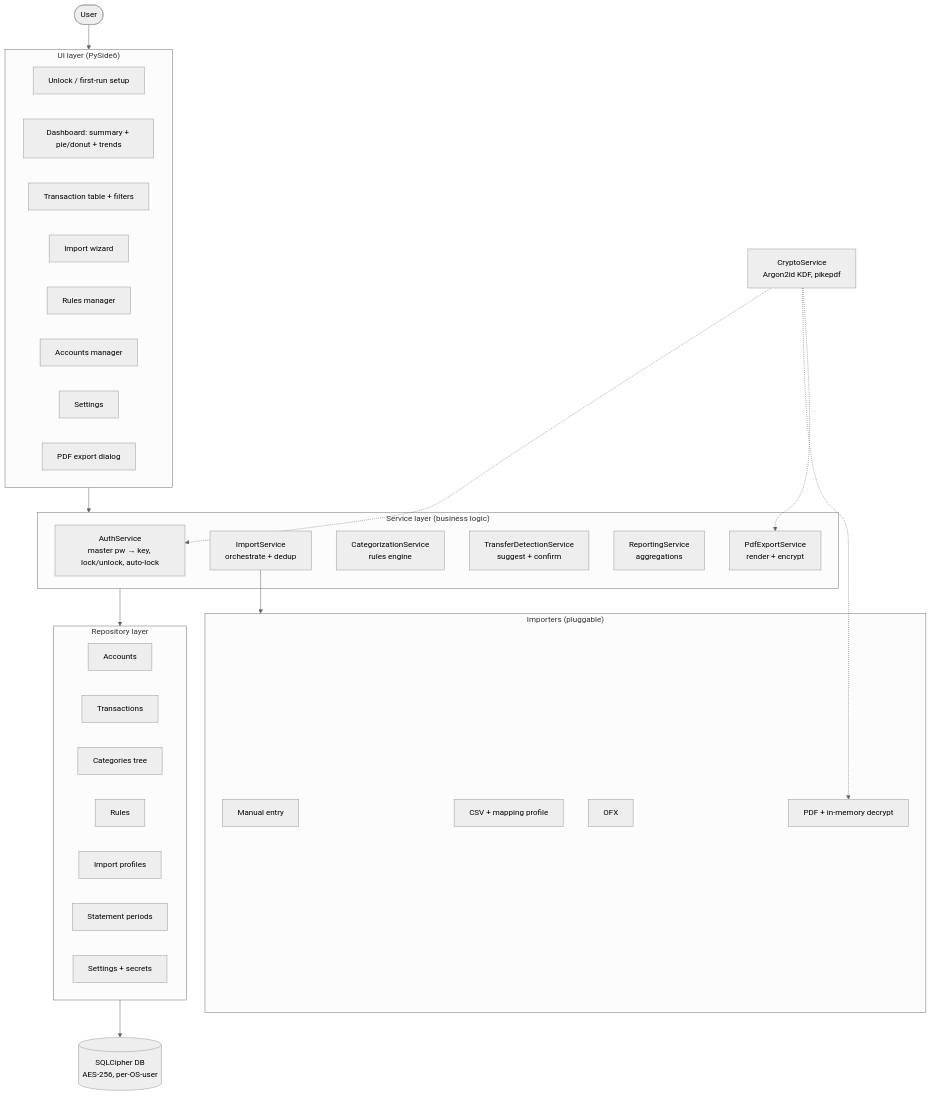
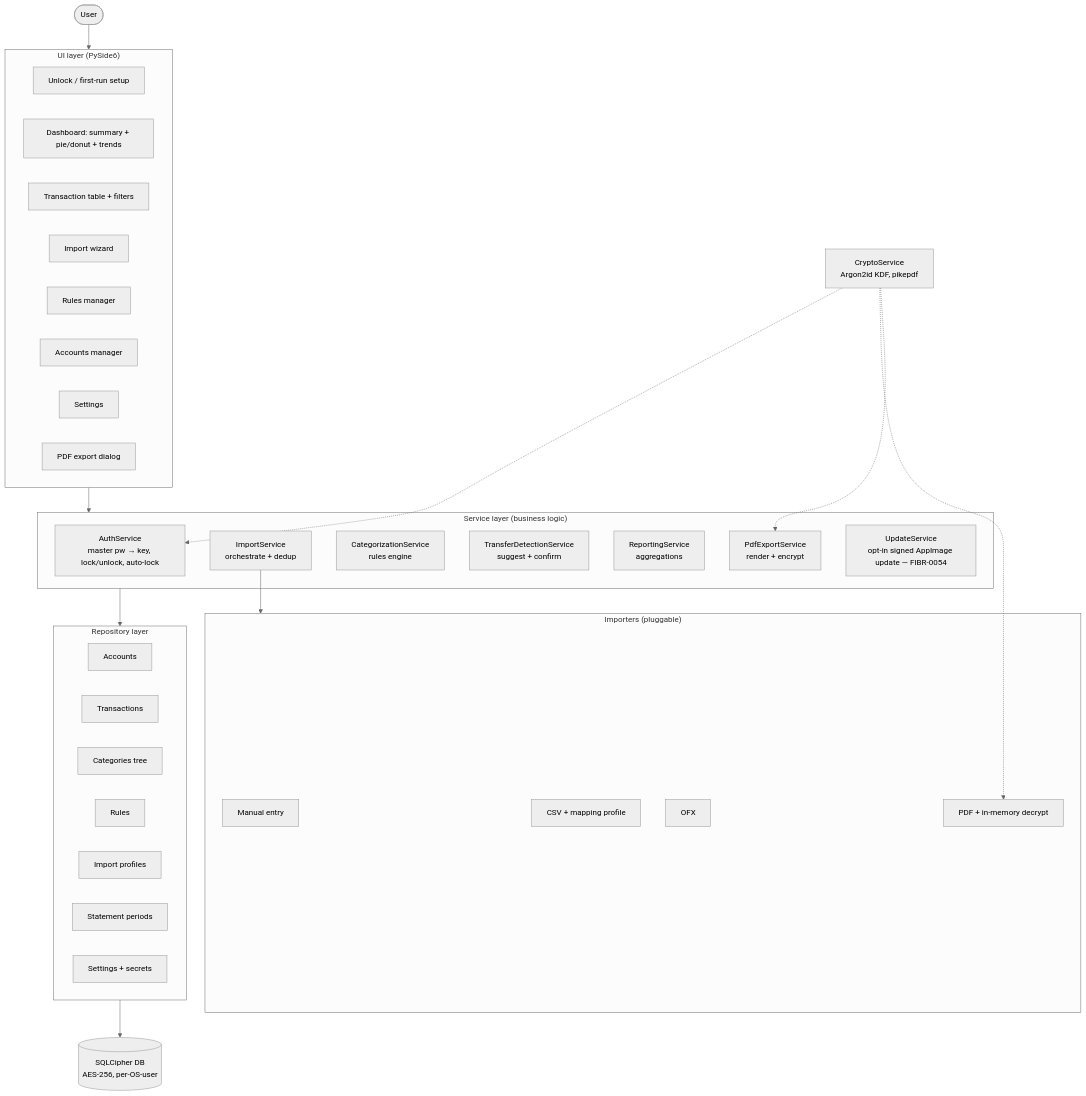
One commit to milnet01/finbreak changed the diagram in docs/design.md. Above: the diagram before and after it, drawn with Mermaid (neutral theme). The commit also changed 3 other files, not shown here.

````diff
--- a/docs/design.md
+++ b/docs/design.md
@@ -20,52 +20,53 @@
 ```mermaid
 flowchart TB
     User([User]) --> UI
 
     subgraph UI["UI layer (PySide6)"]
         Unlock[Unlock / first-run setup]
         Dash[Dashboard: summary + pie/donut + trends]
         TxTable[Transaction table + filters]
         ImportWiz[Import wizard]
         Rules[Rules manager]
         Accounts[Accounts manager]
         Settings[Settings]
         Export[PDF export dialog]
     end
 
     UI --> Svc
 
     subgraph Svc["Service layer (business logic)"]
         Auth[AuthService<br/>master pw → key, lock/unlock, auto-lock]
         Import[ImportService<br/>orchestrate + dedup]
         Cat[CategorizationService<br/>rules engine]
         Transfer[TransferDetectionService<br/>suggest + confirm]
         Report[ReportingService<br/>aggregations]
         PdfOut[PdfExportService<br/>render + encrypt]
+        Update[UpdateService<br/>opt-in signed AppImage update — FIBR-0054]
     end
 
     subgraph Importers["Importers (pluggable)"]
         Manual[Manual entry]
         Csv[CSV + mapping profile]
         Ofx[OFX]
         PdfIn[PDF + in-memory decrypt]
     end
 
     Import --> Importers
     Svc --> Repo
 
     subgraph Repo["Repository layer"]
         AccRepo[Accounts]
         TxRepo[Transactions]
         CatRepo[Categories tree]
         RuleRepo[Rules]
         ProfRepo[Import profiles]
         StmtRepo[Statement periods]
         SetRepo[Settings + secrets]
     end
 
     Repo --> DB[(SQLCipher DB<br/>AES-256, per-OS-user)]
 
     Crypto[CryptoService<br/>Argon2id KDF, pikepdf] -.-> Auth
     Crypto -.-> PdfIn
     Crypto -.-> PdfOut
 ```
````
